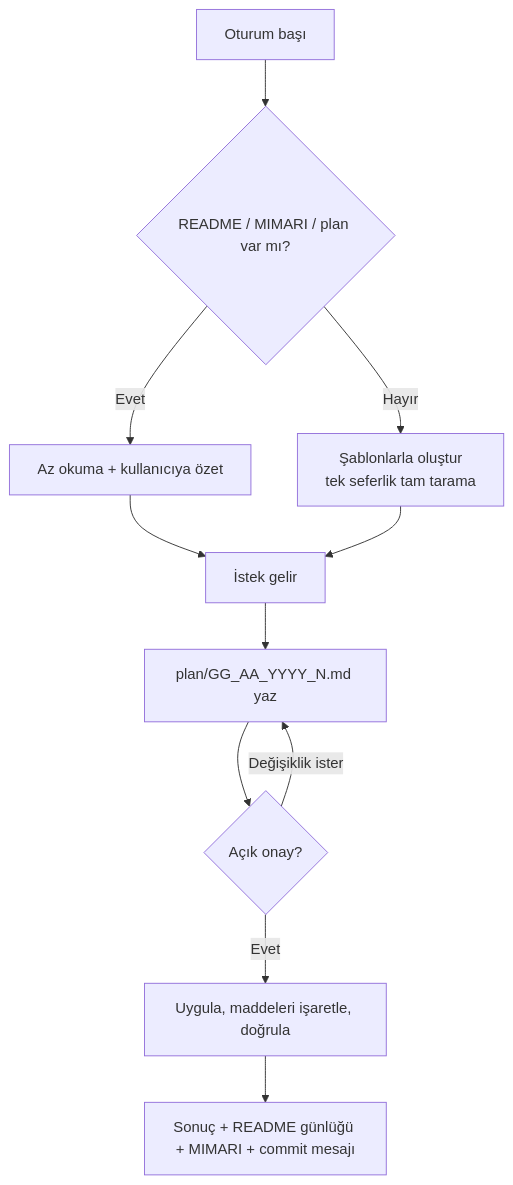
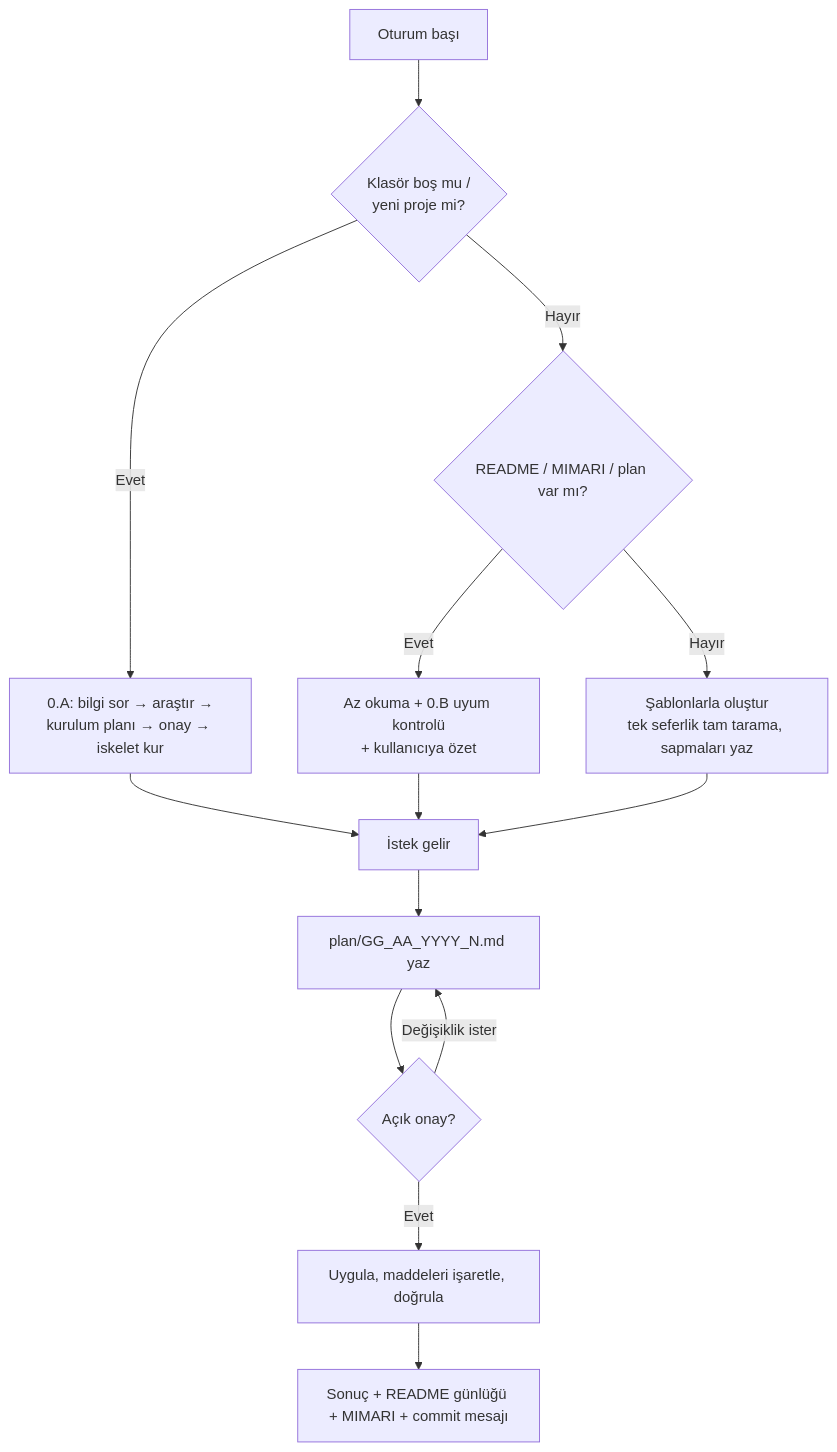
Before and after one commit to s4plant1-coder/Claude_Skills: the second of 2 diagrams in Proje/MIMARI.md, drawn with Mermaid. The commit also changed other lines of this file and 24 other files, not shown here.

````diff
--- a/Proje/MIMARI.md
+++ b/Proje/MIMARI.md
@@ -41,13 +44,16 @@
 ```mermaid
 flowchart TD
-  A[Oturum başı] --> B{README / MIMARI / plan var mı?}
-  B -- Evet --> C[Az okuma + kullanıcıya özet]
-  B -- Hayır --> D[Şablonlarla oluştur<br/>tek seferlik tam tarama]
-  C --> E[İstek gelir]
+  A[Oturum başı] --> N{Klasör boş mu /<br/>yeni proje mi?}
+  N -- Evet --> Y[0.A: bilgi sor → araştır →<br/>kurulum planı → onay → iskelet kur]
+  N -- Hayır --> B{README / MIMARI / plan var mı?}
+  B -- Evet --> C[Az okuma + 0.B uyum kontrolü<br/>+ kullanıcıya özet]
+  B -- Hayır --> D[Şablonlarla oluştur<br/>tek seferlik tam tarama, sapmaları yaz]
+  Y --> E[İstek gelir]
+  C --> E
   D --> E
   E --> F[plan/GG_AA_YYYY_N.md yaz]
   F --> G{Açık onay?}
   G -- Değişiklik ister --> F
   G -- Evet --> H[Uygula, maddeleri işaretle, doğrula]
   H --> I[Sonuç + README günlüğü + MIMARI + commit mesajı]
 ```
````
